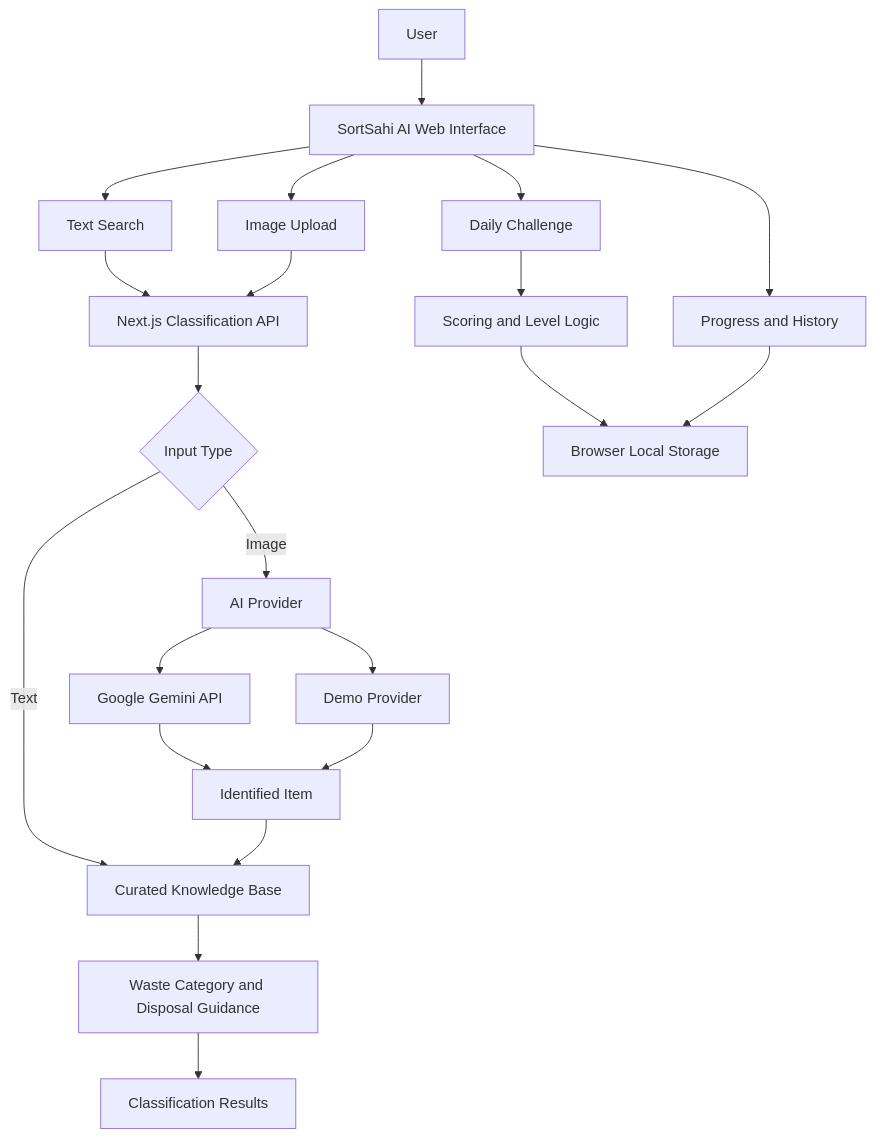
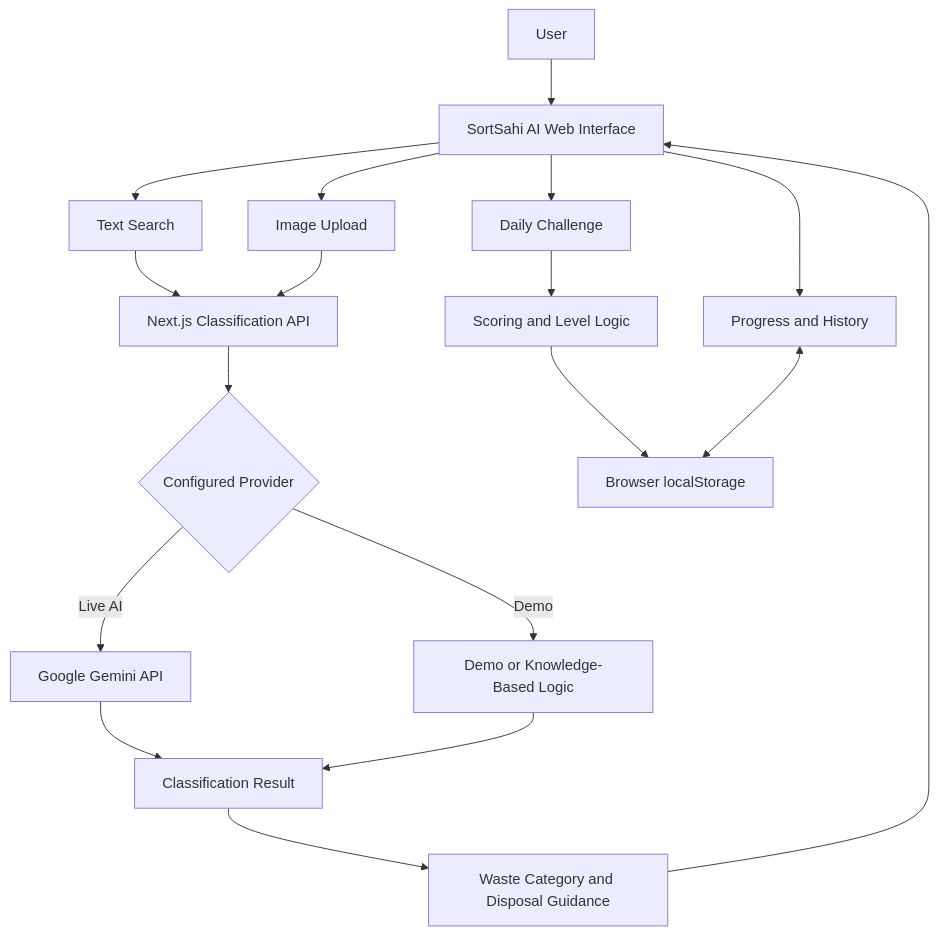
One commit to parthmathur007/sortsahi-ai changed the first of 2 diagrams in README.md. Above: the diagram before and after it, drawn with Mermaid. The commit also changed other lines of this file, not shown here.

````diff
--- a/README.md
+++ b/README.md
@@ -102,31 +132,27 @@
 ```mermaid
 flowchart TD
-    A[User] --> B[SortSahi AI Web Interface]
+    U["User"] --> UI["SortSahi AI Web Interface"]
 
-    B --> C[Text Search]
-    B --> D[Image Upload]
-    B --> E[Daily Challenge]
-    B --> F[Progress and History]
+    UI --> TXT["Text Search"]
+    UI --> IMG["Image Upload"]
+    UI --> CH["Daily Challenge"]
+    UI --> PR["Progress and History"]
 
-    C --> G[Next.js Classification API]
-    D --> G
+    TXT --> API["Next.js Classification API"]
+    IMG --> API
 
-    G --> H{Input Type}
+    API --> MODE{"Configured Provider"}
 
-    H -->|Text| I[Curated Knowledge Base]
-    H -->|Image| J[AI Provider]
+    MODE -->|Live AI| GEM["Google Gemini API"]
+    MODE -->|Demo| DEMO["Demo or Knowledge-Based Logic"]
 
-    J --> K[Google Gemini API]
-    J --> L[Demo Provider]
+    GEM --> RESULT["Classification Result"]
+    DEMO --> RESULT
 
-    K --> M[Identified Item]
-    L --> M
+    RESULT --> GUIDE["Waste Category and Disposal Guidance"]
+    GUIDE --> UI
 
-    M --> I
-    I --> N[Waste Category and Disposal Guidance]
-    N --> O[Classification Results]
-
-    E --> P[Scoring and Level Logic]
-    P --> Q[Browser Local Storage]
-    F --> Q
+    CH --> SCORE["Scoring and Level Logic"]
+    SCORE --> STORE["Browser localStorage"]
+    PR <--> STORE
 ```
````
